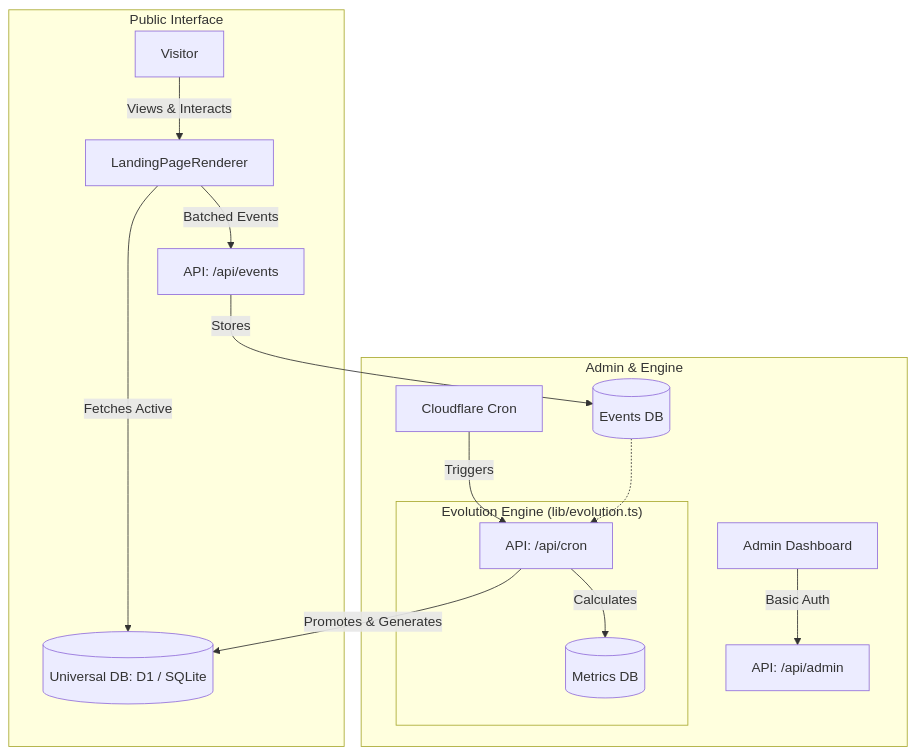
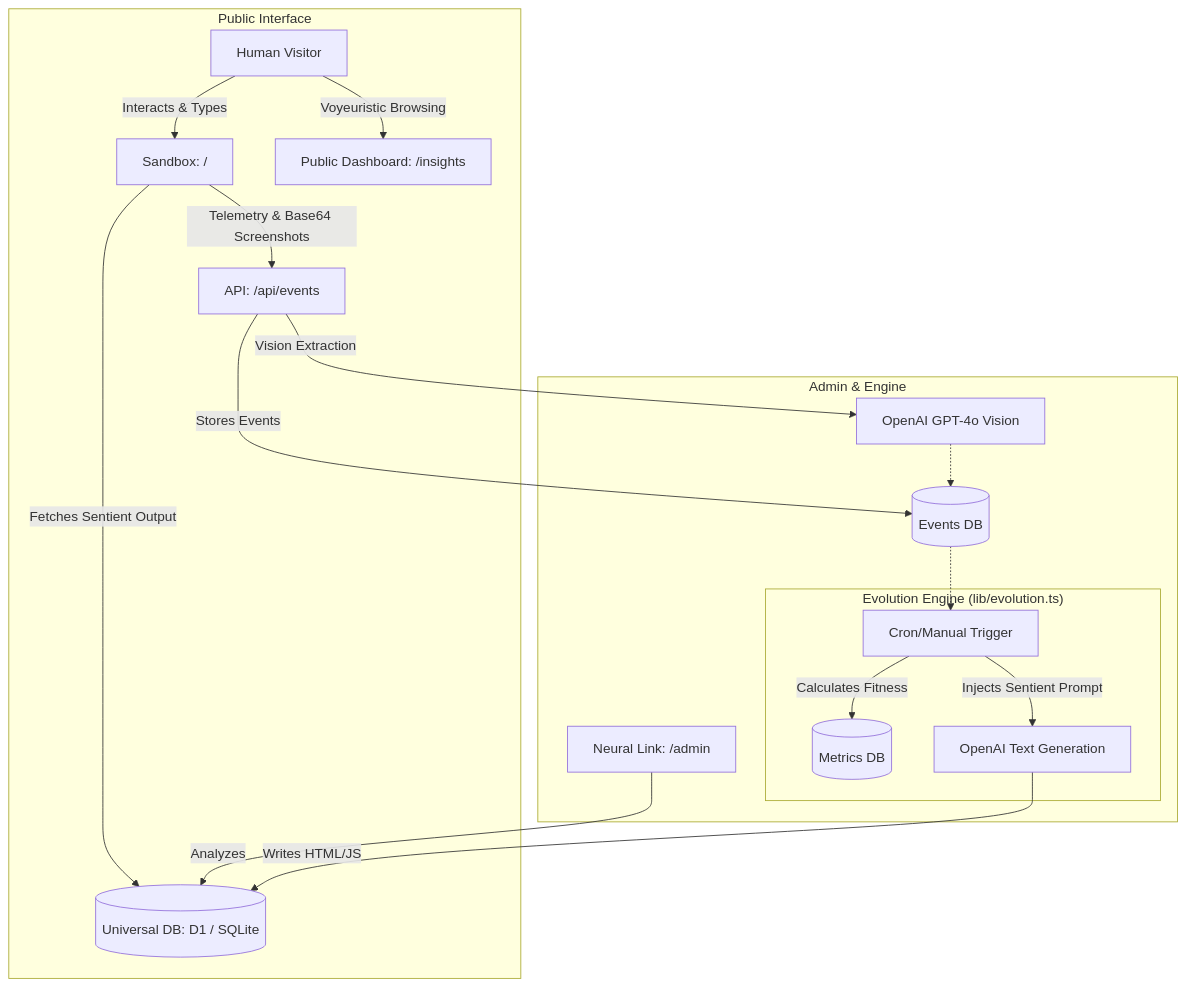
One commit to Dachkovski/darwin_page changed the diagram in docs/ARCHITECTURE.md. Above: the diagram before and after it, drawn with Mermaid. The commit also changed other lines of this file and 1 other file, not shown here.

Commit message:
docs: overhaul README and ARCHITECTURE to reflect sentient generative UI paradigm

````diff
--- a/docs/ARCHITECTURE.md
+++ b/docs/ARCHITECTURE.md
@@ -25,22 +31,25 @@
 ```mermaid
 graph TD
     subgraph "Public Interface"
-        V[Visitor] --> |Views & Interacts| P[LandingPageRenderer]
-        P --> |Batched Events| A_E[API: /api/events]
-        P --> |Fetches Active| DB_V[(Universal DB: D1 / SQLite)]
+        V[Human Visitor] --> |Interacts & Types| P[Sandbox: /]
+        V --> |Voyeuristic Browsing| Insights[Public Dashboard: /insights]
+        P --> |Telemetry & Base64 Screenshots| A_E[API: /api/events]
+        P --> |Fetches Sentient Output| DB_V[(Universal DB: D1 / SQLite)]
     end
 
     subgraph "Admin & Engine"
-        Admin[Admin Dashboard] --> |Basic Auth| A_A[API: /api/admin]
-        Cron[Cloudflare Cron] --> |Triggers| A_C[API: /api/cron]
+        Admin[Neural Link: /admin] --> |Analyzes| DB_V
         
-        A_E --> |Stores| DB_EV[(Events DB)]
+        A_E --> |Stores Events| DB_EV[(Events DB)]
+        A_E --> |Vision Extraction| V_API[OpenAI GPT-4o Vision]
         
         subgraph "Evolution Engine (lib/evolution.ts)"
-            A_C --> |Calculates| DB_M[(Metrics DB)]
-            A_C --> |Promotes & Generates| DB_V
+            Cron[Cron/Manual Trigger] --> |Calculates Fitness| DB_M[(Metrics DB)]
+            Cron --> |Injects Sentient Prompt| O_API[OpenAI Text Generation]
+            O_API --> |Writes HTML/JS| DB_V
         end
     end
 
-    DB_EV -.-> A_C
+    DB_EV -.-> Cron
+    V_API -.-> DB_EV
 ```
````
